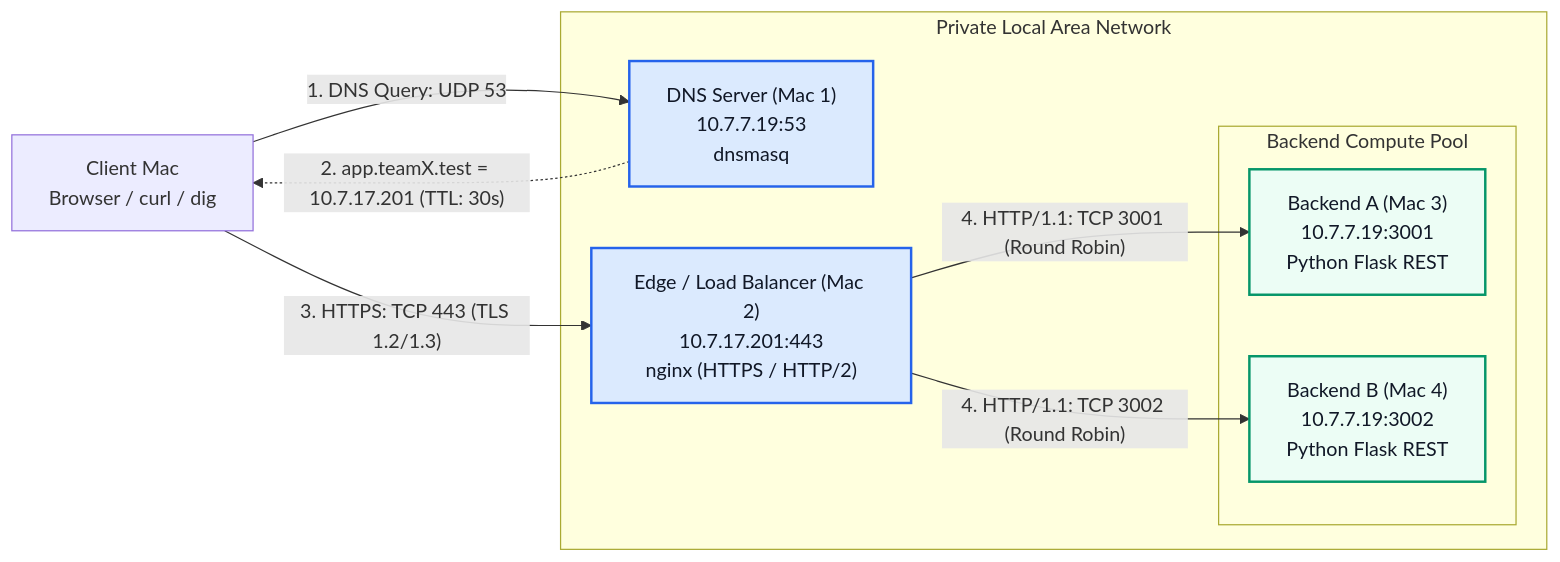
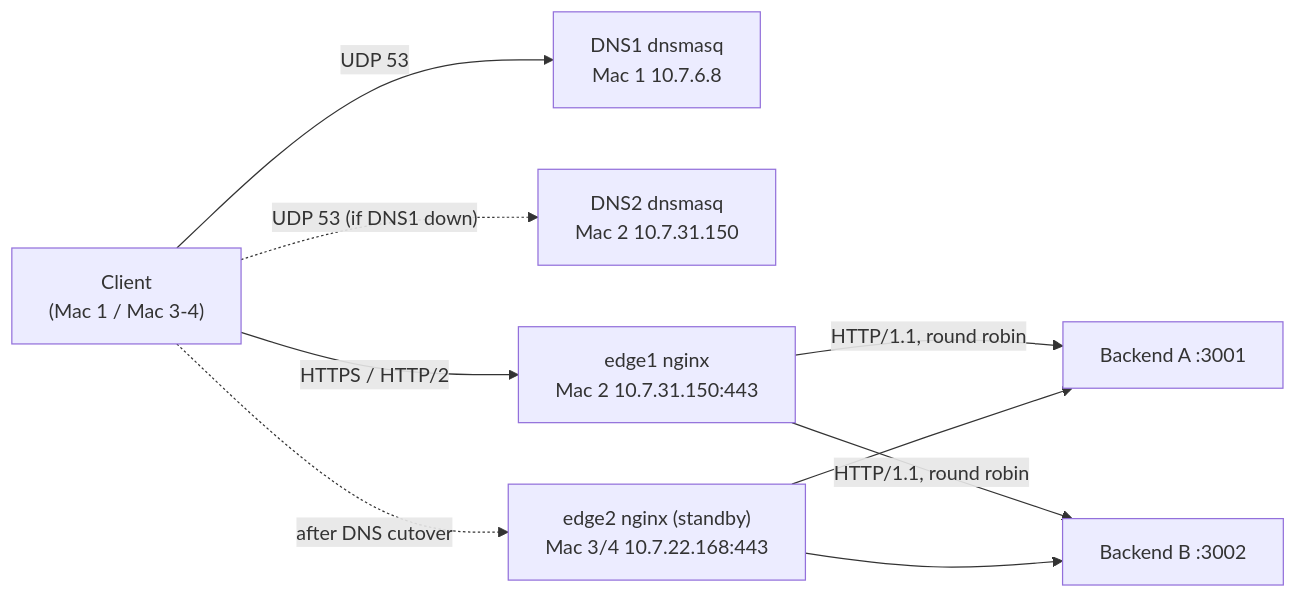
One commit to antik1108/Private-Network-Service-Platform- changed the diagram in README.md. Above: the diagram before and after it, drawn with Mermaid. The commit also changed other lines of this file and 58 other files, not shown here.

````diff
--- a/README.md
+++ b/README.md
@@ -26,25 +25,16 @@
 ```mermaid
 flowchart LR
-    client["Client Mac<br/>Browser / curl / dig"]
-    
-    subgraph network["Private Local Area Network"]
-        dns["DNS Server (Mac 1)<br/>10.7.7.19:53<br/>dnsmasq"]
-        edge["Edge / Load Balancer (Mac 2)<br/>10.7.17.201:443<br/>nginx (HTTPS / HTTP/2)"]
-        
-        subgraph backends["Backend Compute Pool"]
-            appa["Backend A (Mac 3)<br/>10.7.7.19:3001<br/>Python Flask REST"]
-            appb["Backend B (Mac 4)<br/>10.7.7.19:3002<br/>Python Flask REST"]
-        end
-    end
-
-    client -->|"1. DNS Query: UDP 53"| dns
-    dns -.->|"2. app.teamX.test = 10.7.17.201 (TTL: 30s)"| client
-    client -->|"3. HTTPS: TCP 443 (TLS 1.2/1.3)"| edge
-    edge -->|"4. HTTP/1.1: TCP 3001 (Round Robin)"| appa
-    edge -->|"4. HTTP/1.1: TCP 3002 (Round Robin)"| appb
-
-    classDef core fill:#dbeafe,stroke:#2563eb,stroke-width:2px,color:#111827;
-    classDef pool fill:#ecfdf5,stroke:#059669,stroke-width:2px,color:#111827;
-    class dns,edge core;
-    class appa,appb pool;
+    client["Client<br/>(Mac 1 / Mac 3-4)"]
+    dns1["DNS1 dnsmasq<br/>Mac 1 10.7.6.8"]
+    dns2["DNS2 dnsmasq<br/>Mac 2 10.7.31.150"]
+    edge1["edge1 nginx<br/>Mac 2 10.7.31.150:443"]
+    edge2["edge2 nginx (standby)<br/>Mac 3/4 10.7.22.168:443"]
+    a["Backend A :3001"]
+    b["Backend B :3002"]
+    client -- "UDP 53" --> dns1
+    client -. "UDP 53 (if DNS1 down)" .-> dns2
+    client -- "HTTPS / HTTP/2" --> edge1
+    client -. "after DNS cutover" .-> edge2
+    edge1 -- "HTTP/1.1, round robin" --> a & b
+    edge2 --> a & b
 ```
````
